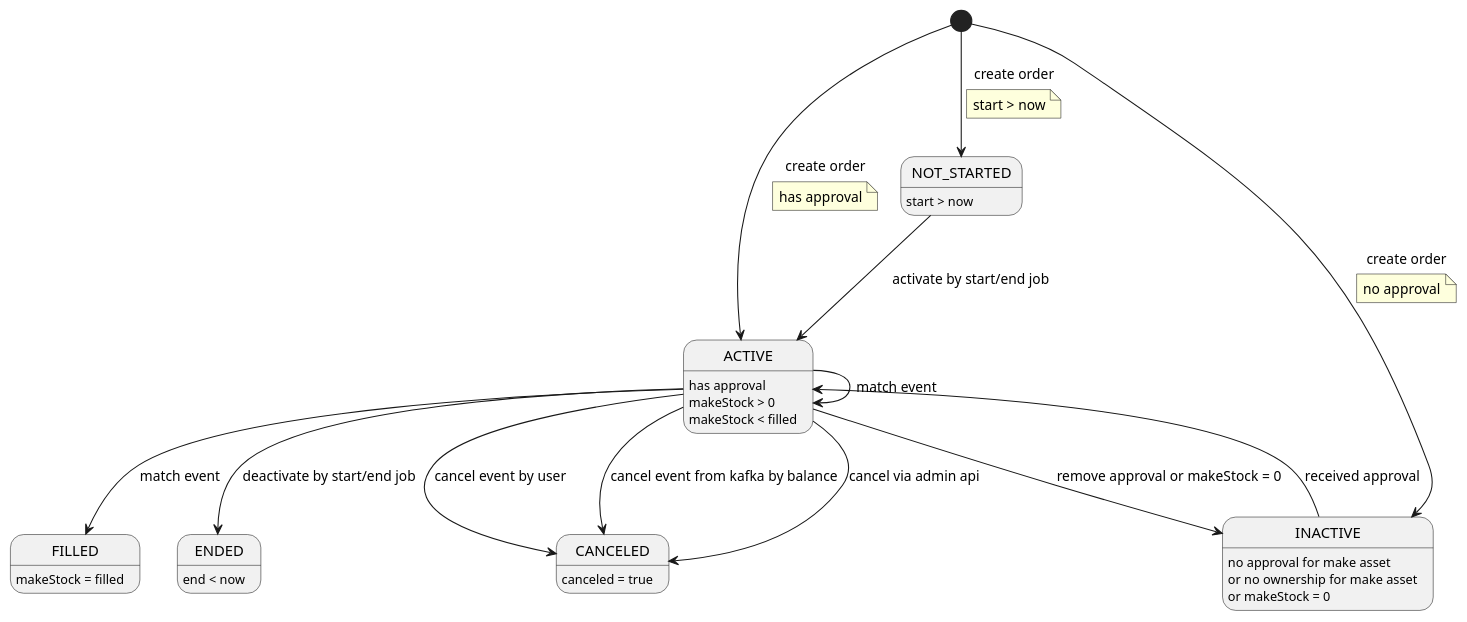
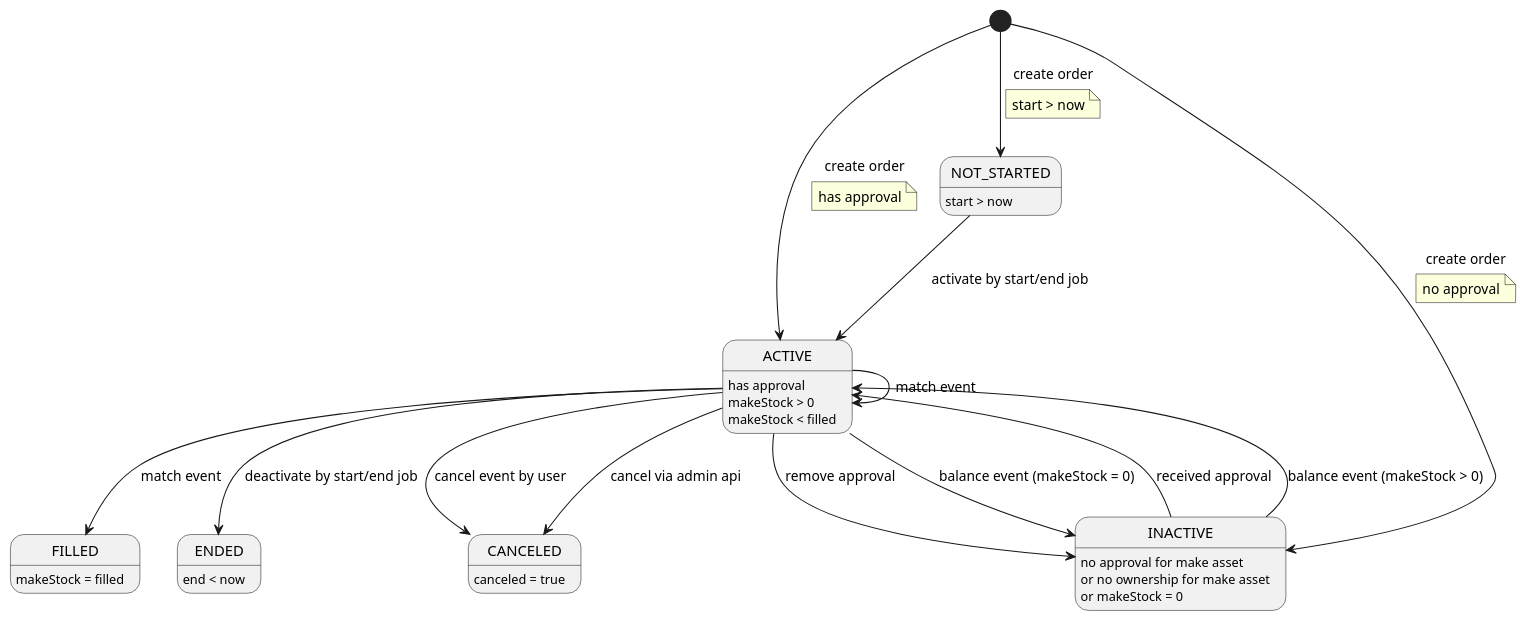
The diagram in docs/diagrams/puml/order_status.puml (rarible/ethereum-indexer-public), drawn with PlantUML before and after one commit. The commit also changed 3 other files, not shown here.

```diff
--- a/docs/diagrams/puml/order_status.puml
+++ b/docs/diagrams/puml/order_status.puml
@@ -1,36 +1,37 @@
 @startuml
 
 ACTIVE: has approval
 ACTIVE: makeStock > 0
 ACTIVE: makeStock < filled
 FILLED: makeStock = filled
 NOT_STARTED: start > now
 ENDED: end < now
 CANCELED: canceled = true
 INACTIVE: no approval for make asset
 INACTIVE: or no ownership for make asset
 INACTIVE: or makeStock = 0
 
 [*] --> ACTIVE : create order
 note on link
   has approval
 end note
 [*] --> NOT_STARTED : create order
 note on link
   start > now
 end note
 [*] --> INACTIVE : create order
 note on link
   no approval
 end note
 NOT_STARTED --> ACTIVE : activate by start/end job
-ACTIVE --> INACTIVE : remove approval or makeStock = 0
+ACTIVE --> INACTIVE : remove approval
 ACTIVE --> CANCELED : cancel event by user
-ACTIVE --> CANCELED : cancel event from kafka by balance
+ACTIVE --> INACTIVE : balance event (makeStock = 0)
 ACTIVE --> CANCELED : cancel via admin api
 ACTIVE --> ACTIVE : match event
 INACTIVE --> ACTIVE : received approval
+INACTIVE --> ACTIVE : balance event (makeStock > 0)
 ACTIVE --> FILLED : match event
 ACTIVE --> ENDED : deactivate by start/end job
 
 @enduml
```
